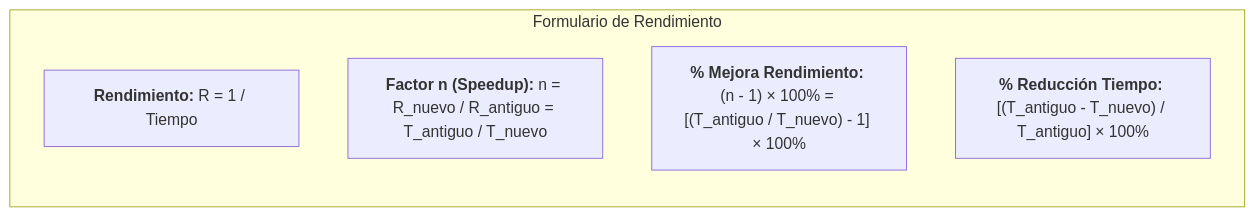
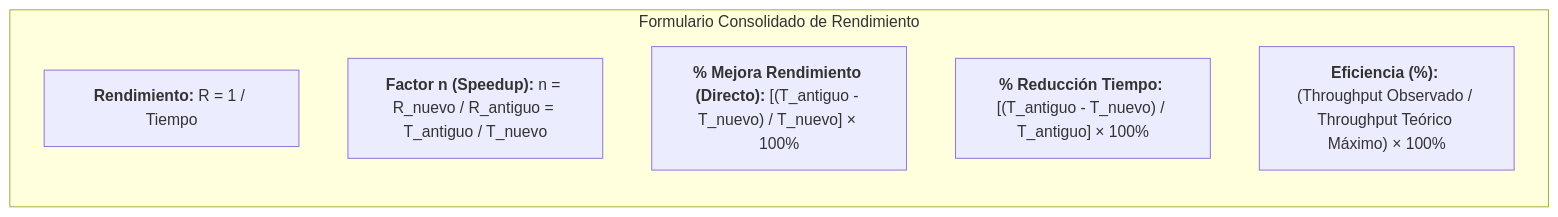
One commit to Eddyfals0/notas-obsidia-oto-o-2026 changed the diagram in arquitectura funcional de computadoras/5. Ejercicios Prácticos de Rendimiento, Speedup y Optimización de Código.md. Above: the diagram before and after it, drawn with Mermaid. The commit also changed other lines of this file and 1 other file, not shown here.

Commit message:
docs(arquitectura): integrar principio de continuidad en .agents y fórmula directa de eficiencia en sesión 5

````diff
--- a/arquitectura funcional de computadoras/5. Ejercicios Prácticos de Rendimiento, Speedup y Optimización de Código.md
+++ b/arquitectura funcional de computadoras/5. Ejercicios Prácticos de Rendimiento, Speedup y Optimización de Código.md
@@ -110,10 +126,11 @@
 ```mermaid
 flowchart LR
-    subgraph FORMULAS ["Formulario de Rendimiento"]
+    subgraph FORMULAS ["Formulario Consolidado de Rendimiento"]
         direction TB
         F1["<b>Rendimiento:</b> R = 1 / Tiempo"]
         F2["<b>Factor n (Speedup):</b> n = R_nuevo / R_antiguo = T_antiguo / T_nuevo"]
-        F3["<b>% Mejora Rendimiento:</b> (n - 1) × 100% = [(T_antiguo / T_nuevo) - 1] × 100%"]
+        F3["<b>% Mejora Rendimiento (Directo):</b> [(T_antiguo - T_nuevo) / T_nuevo] × 100%"]
         F4["<b>% Reducción Tiempo:</b> [(T_antiguo - T_nuevo) / T_antiguo] × 100%"]
+        F5["<b>Eficiencia (%):</b> (Throughput Observado / Throughput Teórico Máximo) × 100%"]
     end
 ```
````
